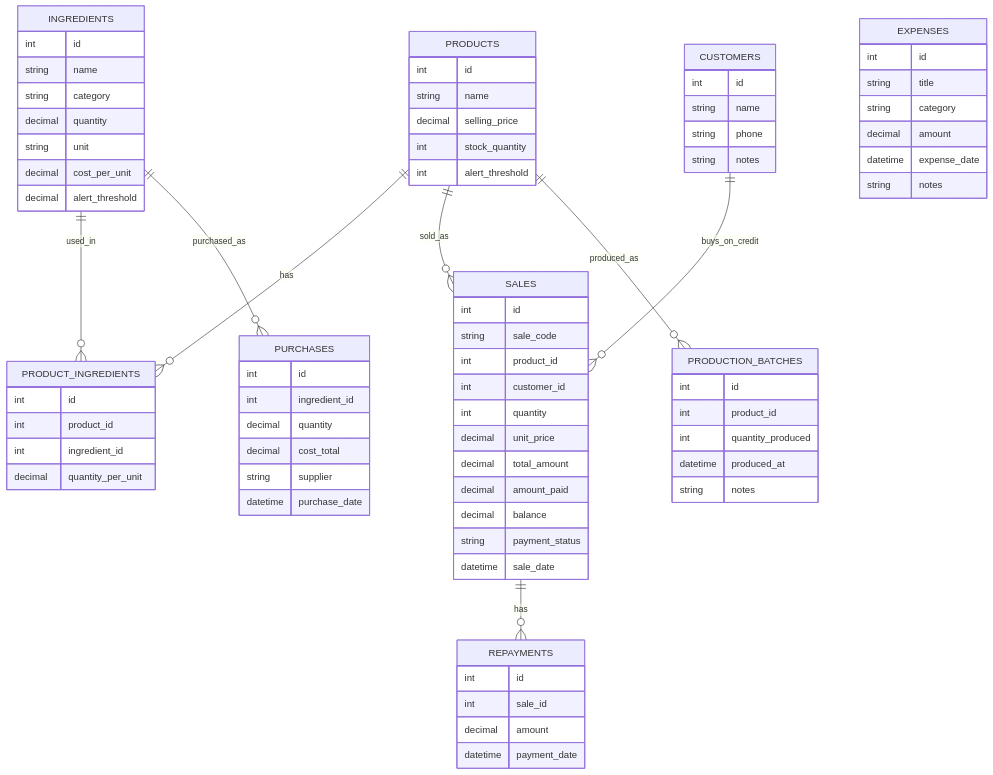
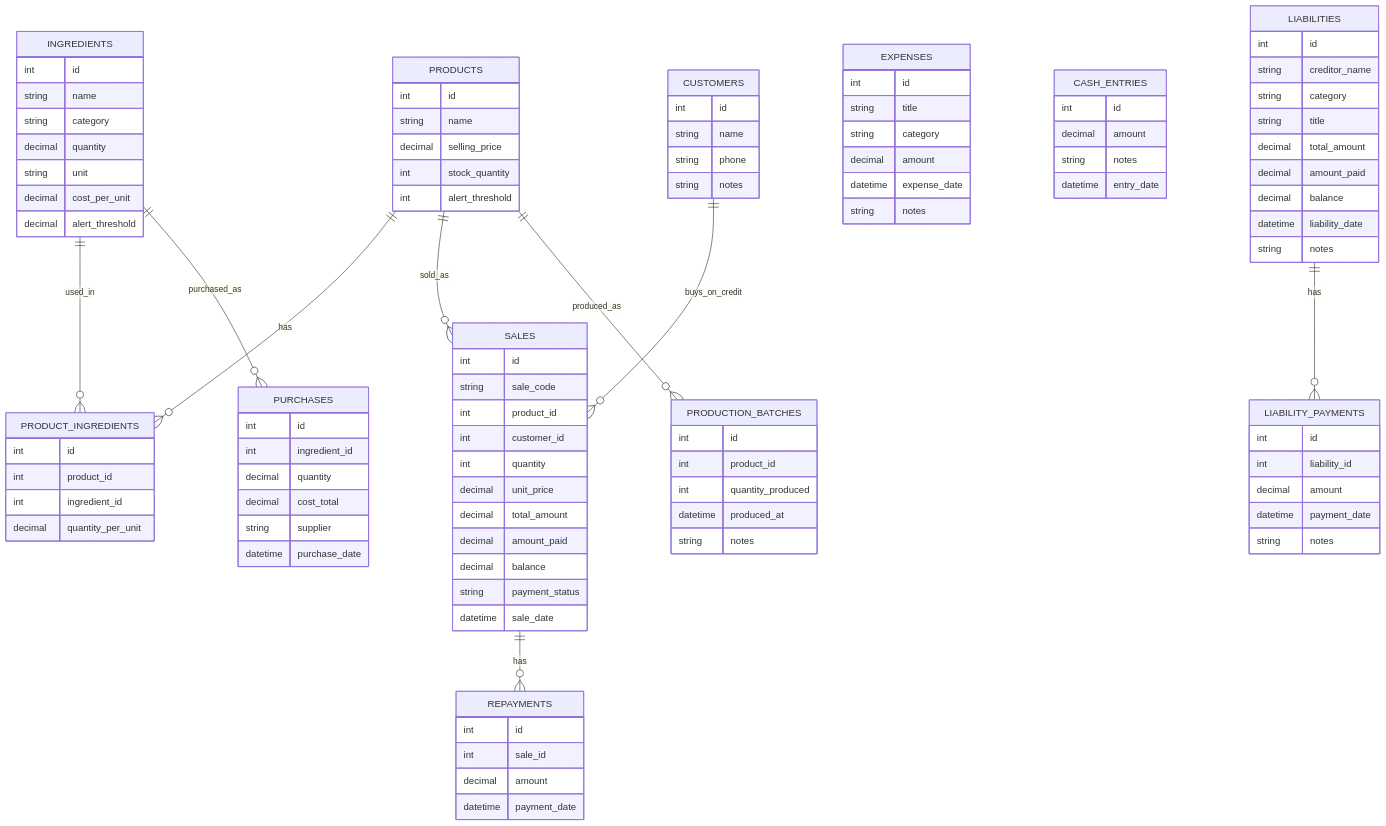
Before and after one commit to endalkhussien/taem-baltina-inventory: the diagram in docs/erd.md, drawn with Mermaid. The commit also changed 15 other files, not shown here.

````diff
--- a/docs/erd.md
+++ b/docs/erd.md
@@ -81,6 +81,33 @@
       string notes
     }
 
+    CASH_ENTRIES {
+      int id
+      decimal amount
+      string notes
+      datetime entry_date
+    }
+
+    LIABILITIES {
+      int id
+      string creditor_name
+      string category
+      string title
+      decimal total_amount
+      decimal amount_paid
+      decimal balance
+      datetime liability_date
+      string notes
+    }
+
+    LIABILITY_PAYMENTS {
+      int id
+      int liability_id
+      decimal amount
+      datetime payment_date
+      string notes
+    }
+
     PRODUCTS ||--o{ PRODUCT_INGREDIENTS : has
     INGREDIENTS ||--o{ PRODUCT_INGREDIENTS : used_in
     INGREDIENTS ||--o{ PURCHASES : purchased_as
@@ -88,4 +115,5 @@
     CUSTOMERS ||--o{ SALES : buys_on_credit
     PRODUCTS ||--o{ PRODUCTION_BATCHES : produced_as
     SALES ||--o{ REPAYMENTS : has
+    LIABILITIES ||--o{ LIABILITY_PAYMENTS : has
 ```
````
